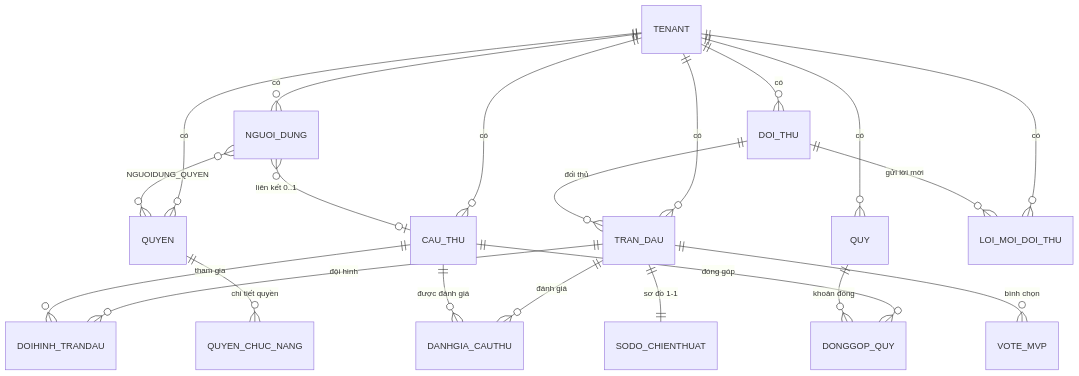
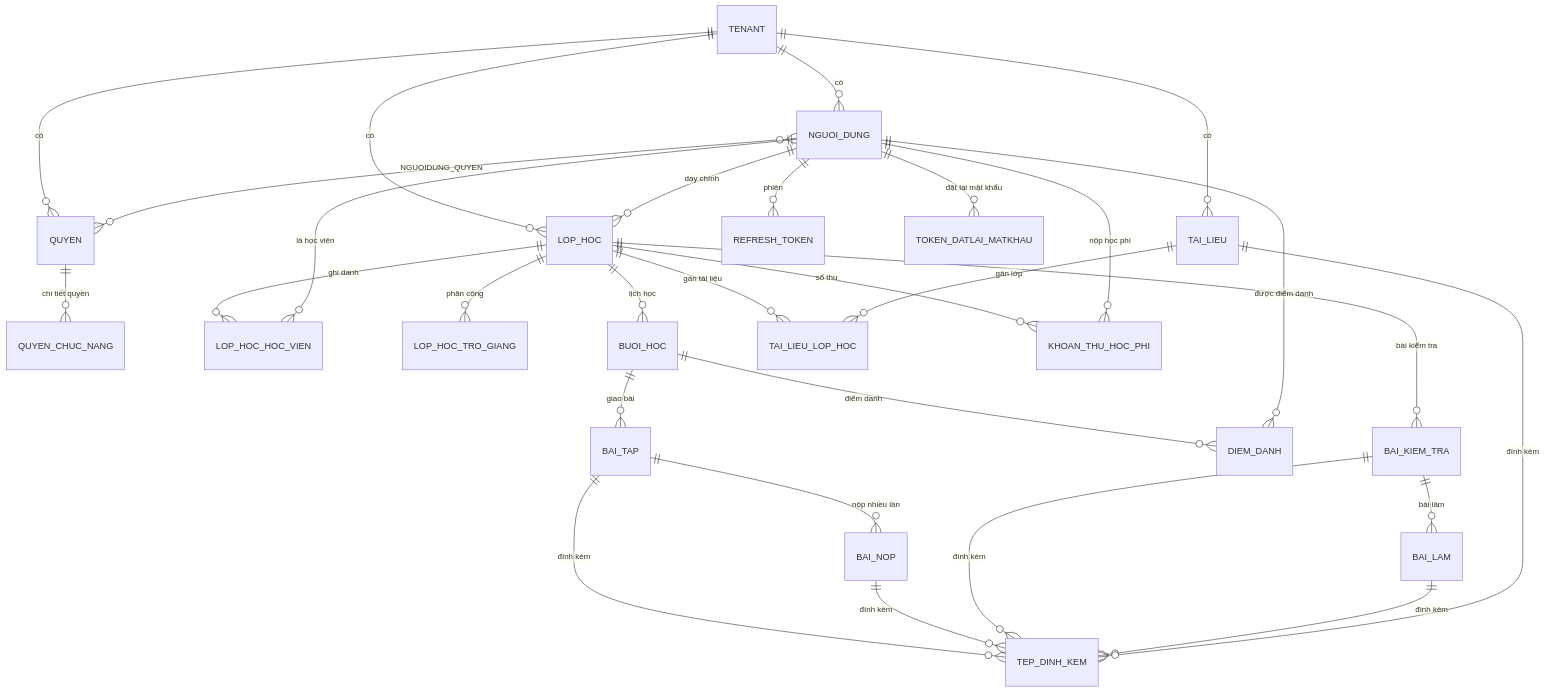
One commit to minhtungle/GiapTech.LangCenter changed the diagram in docs/database/erd.md. Above: the diagram before and after it, drawn with Mermaid. The commit also changed other lines of this file and 40 other files, not shown here.

First line of the commit message:
feat(lms): giai đoạn 4 — học phí, và dọn dứt điểm tài liệu dự án cũ

````diff
--- a/docs/database/erd.md
+++ b/docs/database/erd.md
@@ -23,28 +30,36 @@
 ```mermaid
 erDiagram
     TENANT ||--o{ NGUOI_DUNG : "có"
-    TENANT ||--o{ CAU_THU : "có"
     TENANT ||--o{ QUYEN : "có"
-    TENANT ||--o{ DOI_THU : "có"
-    TENANT ||--o{ TRAN_DAU : "có"
-    TENANT ||--o{ QUY : "có"
-    TENANT ||--o{ LOI_MOI_DOI_THU : "có"
+    TENANT ||--o{ LOP_HOC : "có"
+    TENANT ||--o{ TAI_LIEU : "có"
 
-    NGUOI_DUNG }o--o| CAU_THU : "liên kết 0..1"
     NGUOI_DUNG }o--o{ QUYEN : "NGUOIDUNG_QUYEN"
     QUYEN ||--o{ QUYEN_CHUC_NANG : "chi tiết quyền"
+    NGUOI_DUNG ||--o{ REFRESH_TOKEN : "phiên"
+    NGUOI_DUNG ||--o{ TOKEN_DATLAI_MATKHAU : "đặt lại mật khẩu"
 
-    DOI_THU ||--o{ TRAN_DAU : "đối thủ"
-    DOI_THU ||--o{ LOI_MOI_DOI_THU : "gửi lời mời"
+    LOP_HOC ||--o{ LOP_HOC_HOC_VIEN : "ghi danh"
+    LOP_HOC ||--o{ LOP_HOC_TRO_GIANG : "phân công"
+    LOP_HOC ||--o{ BUOI_HOC : "lịch học"
+    LOP_HOC ||--o{ BAI_KIEM_TRA : "bài kiểm tra"
+    LOP_HOC ||--o{ TAI_LIEU_LOP_HOC : "gán tài liệu"
+    LOP_HOC ||--o{ KHOAN_THU_HOC_PHI : "sổ thu"
+    NGUOI_DUNG ||--o{ LOP_HOC : "dạy chính"
 
-    TRAN_DAU ||--o{ DOIHINH_TRANDAU : "đội hình"
-    TRAN_DAU ||--|| SODO_CHIENTHUAT : "sơ đồ 1-1"
-    TRAN_DAU ||--o{ DANHGIA_CAUTHU : "đánh giá"
-    TRAN_DAU ||--o{ VOTE_MVP : "bình chọn"
+    BUOI_HOC ||--o{ DIEM_DANH : "điểm danh"
+    BUOI_HOC ||--o{ BAI_TAP : "giao bài"
+    BAI_TAP ||--o{ BAI_NOP : "nộp nhiều lần"
+    BAI_KIEM_TRA ||--o{ BAI_LAM : "bài làm"
+    TAI_LIEU ||--o{ TAI_LIEU_LOP_HOC : "gán lớp"
 
-    CAU_THU ||--o{ DOIHINH_TRANDAU : "tham gia"
-    CAU_THU ||--o{ DANHGIA_CAUTHU : "được đánh giá"
-    CAU_THU ||--o{ DONGGOP_QUY : "đóng góp"
+    BAI_TAP ||--o{ TEP_DINH_KEM : "đính kèm"
+    BAI_NOP ||--o{ TEP_DINH_KEM : "đính kèm"
+    BAI_KIEM_TRA ||--o{ TEP_DINH_KEM : "đính kèm"
+    BAI_LAM ||--o{ TEP_DINH_KEM : "đính kèm"
+    TAI_LIEU ||--o{ TEP_DINH_KEM : "đính kèm"
 
-    QUY ||--o{ DONGGOP_QUY : "khoản đóng"
+    NGUOI_DUNG ||--o{ LOP_HOC_HOC_VIEN : "là học viên"
+    NGUOI_DUNG ||--o{ DIEM_DANH : "được điểm danh"
+    NGUOI_DUNG ||--o{ KHOAN_THU_HOC_PHI : "nộp học phí"
 ```
````
